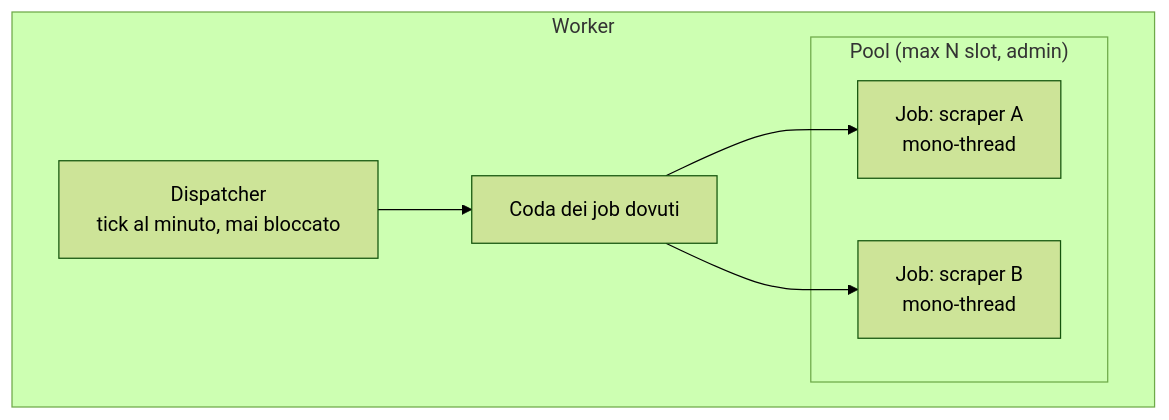
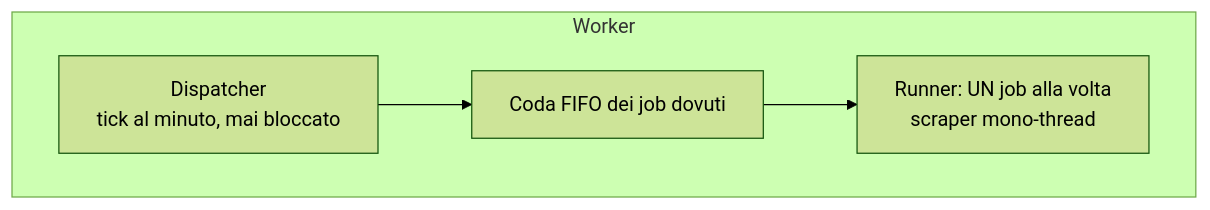
The second of 3 diagrams in docs/2-architecture/scheduling-and-execution.md (caporalesimone/watch-em-all), drawn with Mermaid (forest theme) before and after one commit. The commit also changed other lines of this file and 28 other files, not shown here.

First line of the commit message:
docs: deferred user deletion, serial scraper runner with calendar view and scrape cache

````diff
--- a/docs/2-architecture/scheduling-and-execution.md
+++ b/docs/2-architecture/scheduling-and-execution.md
@@ -40,12 +40,9 @@
 ```mermaid
 graph TB
     subgraph "Worker"
         D[Dispatcher<br/>tick al minuto, mai bloccato]
-        Q[Coda dei job dovuti]
-        subgraph "Pool (max N slot, admin)"
-            J1[Job: scraper A<br/>mono-thread]
-            J2[Job: scraper B<br/>mono-thread]
-        end
+        Q[Coda FIFO dei job dovuti]
+        J1[Runner: UN job alla volta<br/>scraper mono-thread]
     end
-    D --> Q --> J1 & J2
+    D --> Q --> J1
 ```
````
